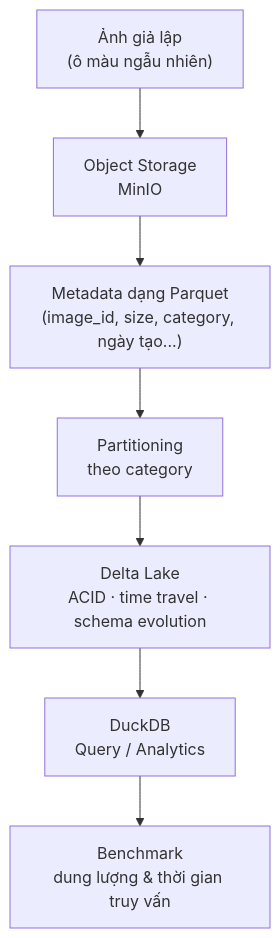
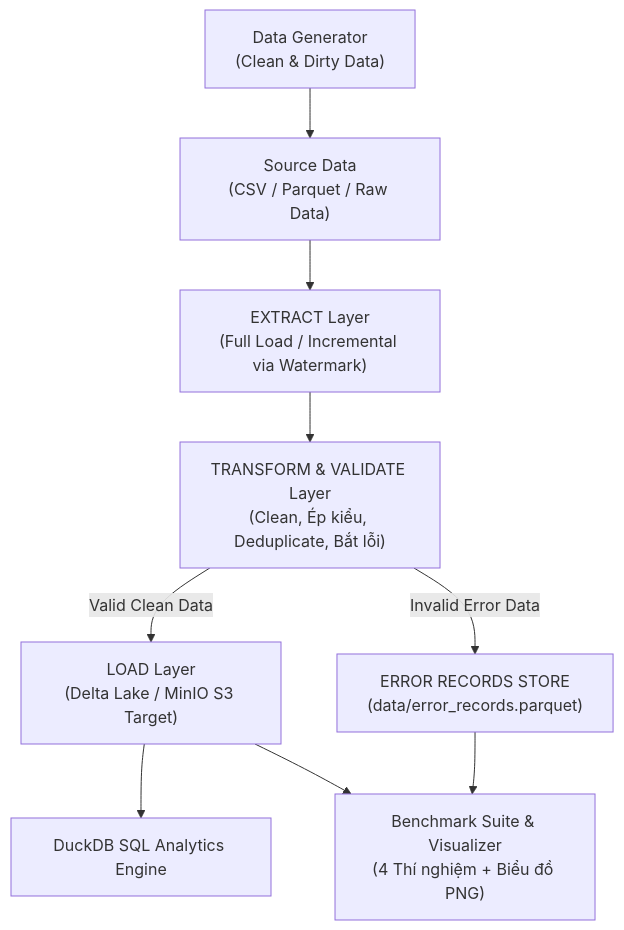
One commit to ttt-huong/big-data changed the diagram in README.md. Above: the diagram before and after it, drawn with Mermaid. The commit also changed other lines of this file and 31 other files, not shown here.

````diff
--- a/README.md
+++ b/README.md
@@ -7,9 +10,12 @@
 ```mermaid
 flowchart TD
-    A["Ảnh giả lập<br/>(ô màu ngẫu nhiên)"] --> B["Object Storage<br/>MinIO"]
-    B --> C["Metadata dạng Parquet<br/>(image_id, size, category, ngày tạo...)"]
-    C --> D["Partitioning<br/>theo category"]
-    D --> E["Delta Lake<br/>ACID · time travel · schema evolution"]
-    E --> F["DuckDB<br/>Query / Analytics"]
-    F --> G["Benchmark<br/>dung lượng & thời gian truy vấn"]
+    Gen["Data Generator<br/>(Clean & Dirty Data)"] --> Raw["Source Data<br/>(CSV / Parquet / Raw Data)"]
+    Raw --> Ext["EXTRACT Layer<br/>(Full Load / Incremental via Watermark)"]
+    Ext --> Trans["TRANSFORM & VALIDATE Layer<br/>(Clean, Ép kiểu, Deduplicate, Bắt lỗi)"]
+    
+    Trans -->|Valid Clean Data| Load["LOAD Layer<br/>(Delta Lake / MinIO S3 Target)"]
+    Trans -->|Invalid Error Data| ErrStore["ERROR RECORDS STORE<br/>(data/error_records.parquet)"]
+    
+    Load --> Duck["DuckDB SQL Analytics Engine"]
+    Load & ErrStore --> Bench["Benchmark Suite & Visualizer<br/>(4 Thí nghiệm + Biểu đồ PNG)"]
 ```
````
